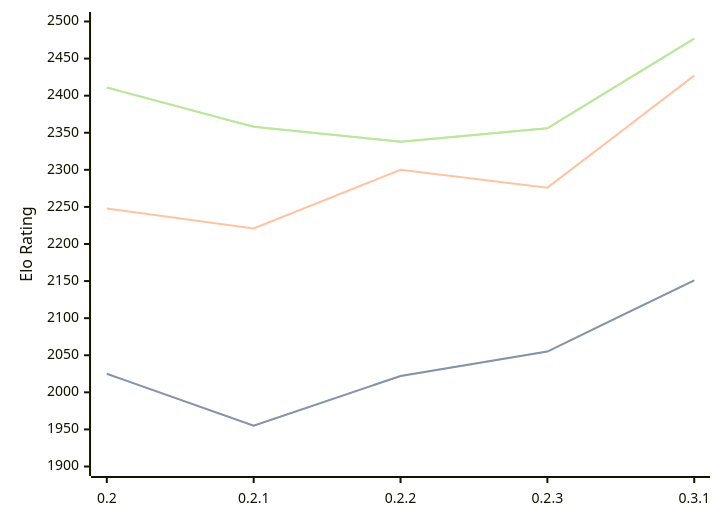
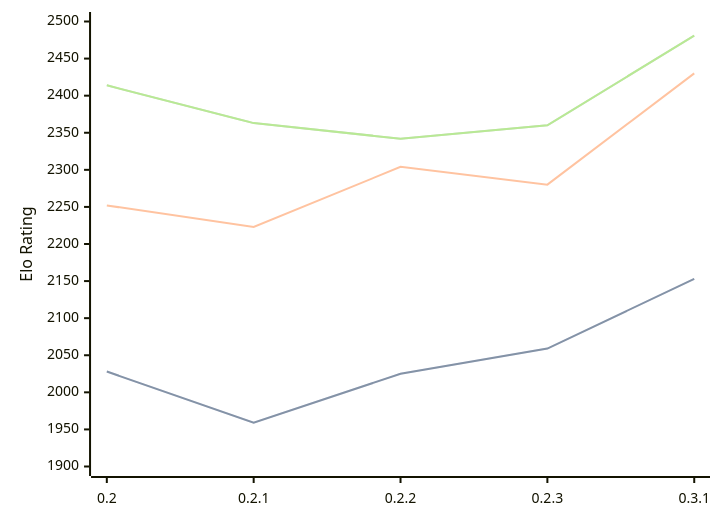
One commit to computer-chess-index/cci changed the diagram in engines/Lolbot.md. Above: the diagram before and after it, drawn with Mermaid. The commit also changed other lines of this file, not shown here.

Commit message:
Update CCI Ratings (ELO VLTC) - 2026-04-30

````diff
--- a/engines/Lolbot.md
+++ b/engines/Lolbot.md
@@ -36,11 +36,11 @@
 ```mermaid
 %%{init: {"theme":"base","themeVariables":{"seriesColors:['#a3a3a3','#222221','#faa371']}}}%%
 xychart-beta
   x-axis ["0.2", "0.2.1", "0.2.2", "0.2.3", "0.3.1"]
   y-axis "Elo Rating" 1900 --> 2500
-  line "STC (8.0+0.08s)" [2025, 1955, 2022, 2055, 2151]
-  line "STC (8.0+0.08s)" [2025, 1955, 2022, 2055, 2151]
-  line "LTC (60.0+0.60s)" [2248, 2221, 2300, 2276, 2427]
-  line "VLTC (2m24s+1.12s)" [2411, 2358, 2338, 2356, 2477]
-  line "VLTC (2m24s+1.12s)" [2411, 2358, 2338, 2356, 2477]
+  line "STC (8.0+0.08s)" [2028, 1959, 2025, 2059, 2153]
+  line "STC (8.0+0.08s)" [2028, 1959, 2025, 2059, 2153]
+  line "LTC (60.0+0.60s)" [2252, 2223, 2304, 2280, 2430]
+  line "VLTC (2m24s+1.12s)" [2414, 2363, 2342, 2360, 2481]
+  line "VLTC (2m24s+1.12s)" [2414, 2363, 2342, 2360, 2481]
 ```
````
